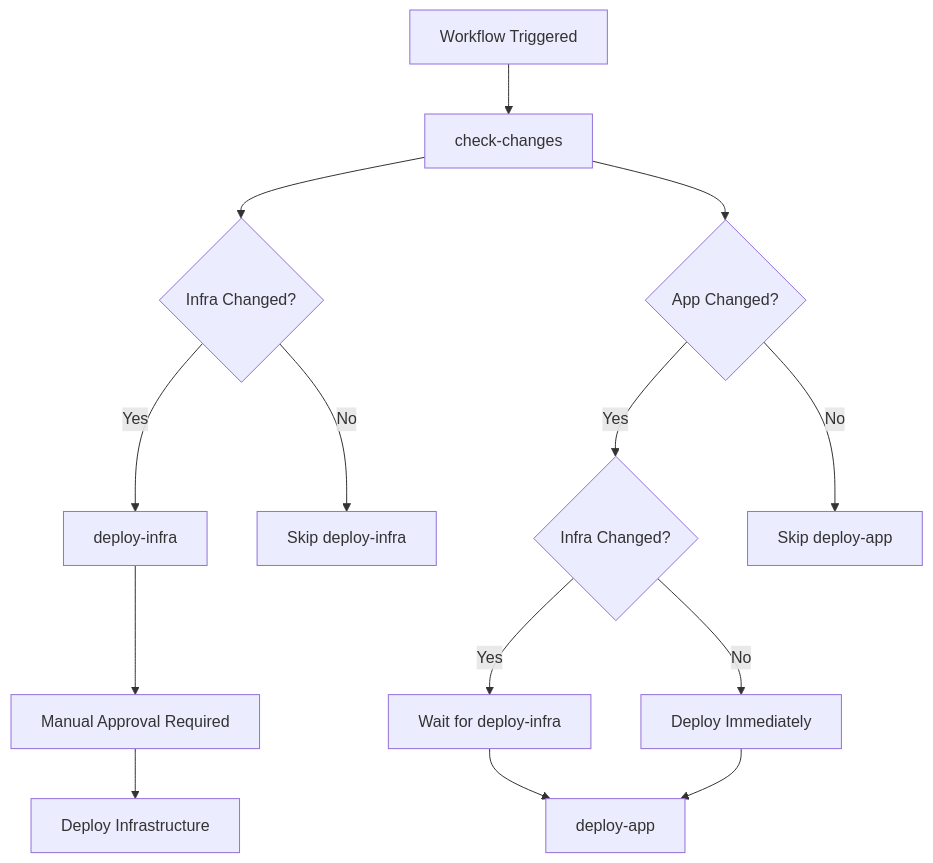
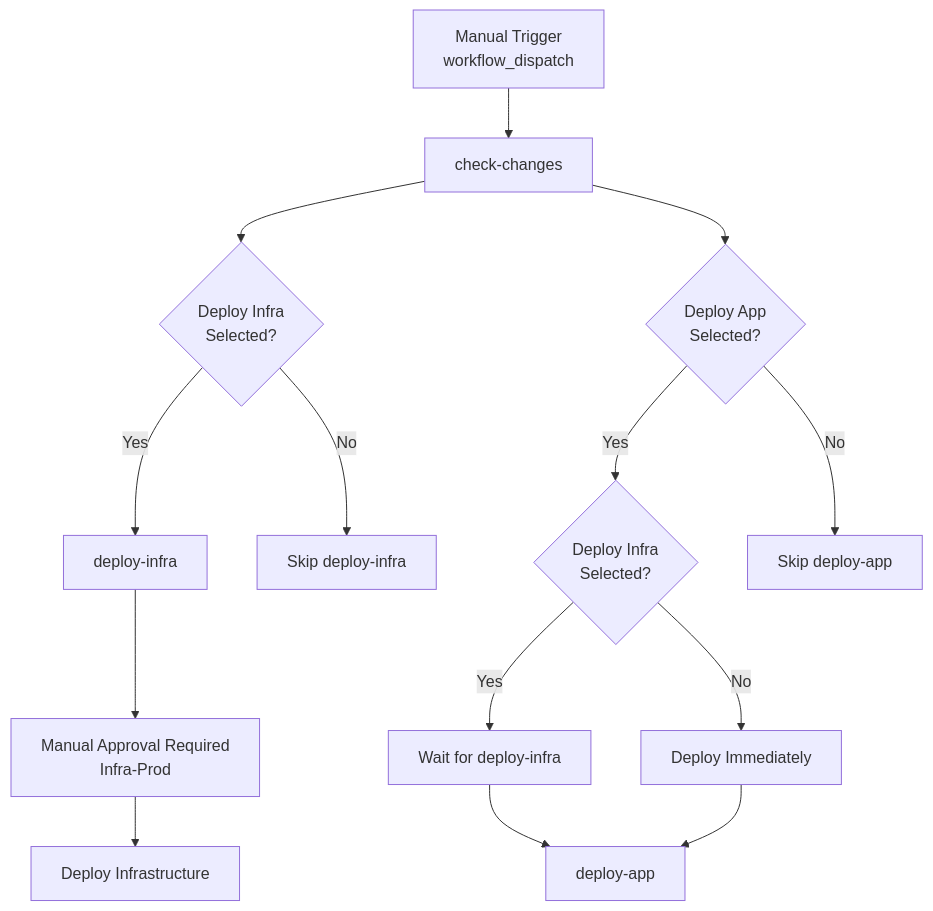
Before and after one commit to iricigor/GlookoDataWebApp: the diagram in .github/workflows/DEPLOYMENT_SETUP.md, drawn with Mermaid. The commit also changed other lines of this file and 4 other files, not shown here.

````diff
--- a/.github/workflows/DEPLOYMENT_SETUP.md
+++ b/.github/workflows/DEPLOYMENT_SETUP.md
@@ -261,16 +286,16 @@
 ```mermaid
 graph TD
-    A[Workflow Triggered] --> B[check-changes]
-    B --> C{Infra Changed?}
+    A[Manual Trigger<br/>workflow_dispatch] --> B[check-changes]
+    B --> C{Deploy Infra<br/>Selected?}
     C -->|Yes| D[deploy-infra]
     C -->|No| E[Skip deploy-infra]
-    D --> F[Manual Approval Required]
+    D --> F[Manual Approval Required<br/>Infra-Prod]
     F --> G[Deploy Infrastructure]
-    B --> H{App Changed?}
-    H -->|Yes| I{Infra Changed?}
+    B --> H{Deploy App<br/>Selected?}
+    H -->|Yes| I{Deploy Infra<br/>Selected?}
     I -->|Yes| J[Wait for deploy-infra]
     I -->|No| K[Deploy Immediately]
     J --> L[deploy-app]
     K --> L
     H -->|No| M[Skip deploy-app]
 ```
````
